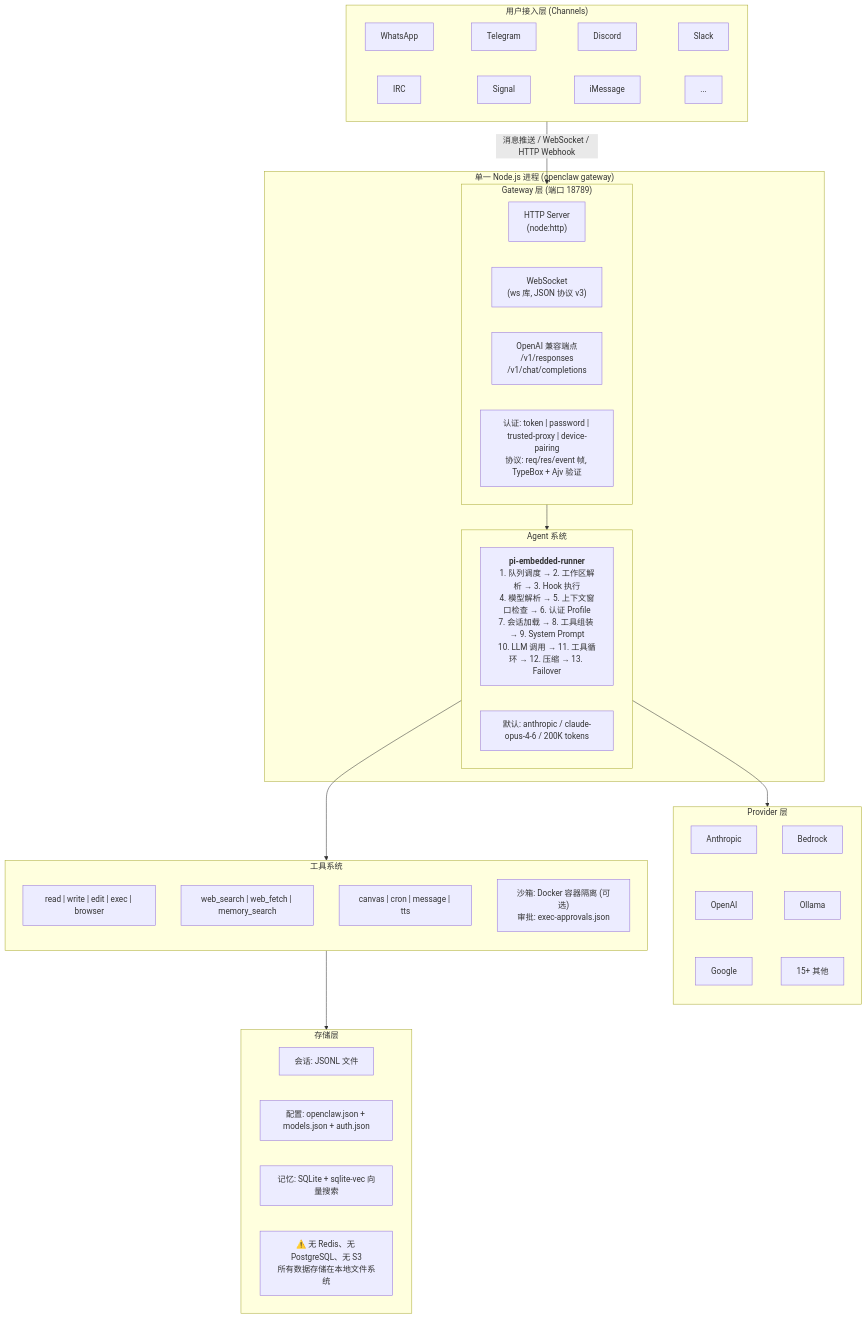
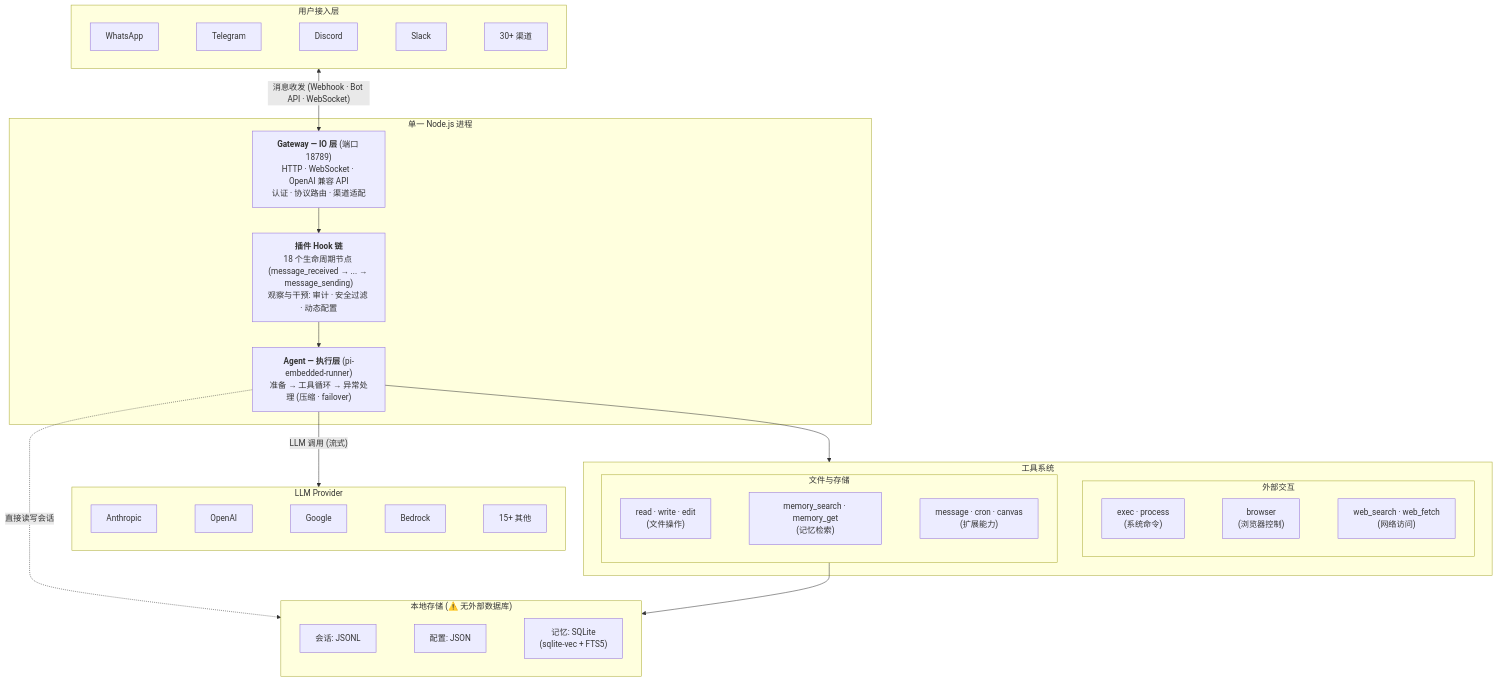
Before and after one commit to renlulu/renlulu.github.io: the first of 3 diagrams in _posts/2026-02-20-openclaw-architecture.md, drawn with Mermaid.

Commit message:
docs: redesign architecture diagram

````diff
--- a/_posts/2026-02-20-openclaw-architecture.md
+++ b/_posts/2026-02-20-openclaw-architecture.md
@@ -31,50 +31,43 @@
 ```mermaid
 graph TB
-    subgraph Channels["用户接入层 (Channels)"]
+    subgraph Channels["用户接入层"]
         direction LR
-        WA[WhatsApp] ~~~ TG[Telegram] ~~~ DC[Discord] ~~~ SL[Slack]
-        IRC[IRC] ~~~ SIG[Signal] ~~~ IM[iMessage] ~~~ MORE[...]
+        WA[WhatsApp] ~~~ TG[Telegram] ~~~ DC[Discord] ~~~ SL[Slack] ~~~ MORE[30+ 渠道]
     end
 
-    subgraph Process["单一 Node.js 进程 (openclaw gateway)"]
-        subgraph Gateway["Gateway 层 (端口 18789)"]
+    subgraph Process["单一 Node.js 进程"]
+        GW["<b>Gateway — IO 层</b> (端口 18789)<br/>HTTP · WebSocket · OpenAI 兼容 API<br/>认证 · 协议路由 · 渠道适配"]
+
+        HOOKS["<b>插件 Hook 链</b><br/>18 个生命周期节点 (message_received → ... → message_sending)<br/>观察与干预: 审计 · 安全过滤 · 动态配置"]
+
+        AGENT["<b>Agent — 执行层</b> (pi-embedded-runner)<br/>准备 → 工具循环 → 异常处理 (压缩 · failover)"]
+    end
+
+    subgraph Providers["LLM Provider"]
+        direction LR
+        P1[Anthropic] ~~~ P2[OpenAI] ~~~ P3[Google] ~~~ P4[Bedrock] ~~~ P5[15+ 其他]
+    end
+
+    subgraph Tools["工具系统"]
+        subgraph ExtTools["外部交互"]
             direction LR
-            HTTP["HTTP Server<br/>(node:http)"]
-            WS["WebSocket<br/>(ws 库, JSON 协议 v3)"]
-            OAI["OpenAI 兼容端点<br/>/v1/responses<br/>/v1/chat/completions"]
-            AUTH["认证: token | password | trusted-proxy | device-pairing<br/>协议: req/res/event 帧, TypeBox + Ajv 验证"]
+            E1["exec · process<br/>(系统命令)"] ~~~ E2["browser<br/>(浏览器控制)"] ~~~ E3["web_search · web_fetch<br/>(网络访问)"]
         end
-
-        subgraph Agent["Agent 系统"]
-            RUNNER["<b>pi-embedded-runner</b><br/>1. 队列调度 → 2. 工作区解析 → 3. Hook 执行<br/>4. 模型解析 → 5. 上下文窗口检查 → 6. 认证 Profile<br/>7. 会话加载 → 8. 工具组装 → 9. System Prompt<br/>10. LLM 调用 → 11. 工具循环 → 12. 压缩 → 13. Failover"]
-            DEFAULTS["默认: anthropic / claude-opus-4-6 / 200K tokens"]
+        subgraph IntTools["文件与存储"]
+            direction LR
+            I1["read · write · edit<br/>(文件操作)"] ~~~ I2["memory_search · memory_get<br/>(记忆检索)"] ~~~ I3["message · cron · canvas<br/>(扩展能力)"]
         end
     end
 
-    subgraph Providers["Provider 层"]
-        direction TB
-        P1[Anthropic] ~~~ P2[OpenAI] ~~~ P3[Google]
-        P4[Bedrock] ~~~ P5[Ollama] ~~~ P6[15+ 其他]
+    subgraph Storage["本地存储 (⚠️ 无外部数据库)"]
+        direction LR
+        S1["会话: JSONL"] ~~~ S2["配置: JSON"] ~~~ S3["记忆: SQLite<br/>(sqlite-vec + FTS5)"]
     end
 
-    subgraph Tools["工具系统"]
-        direction TB
-        T1["read | write | edit | exec | browser"]
-        T2["web_search | web_fetch | memory_search"]
-        T3["canvas | cron | message | tts"]
-        T4["沙箱: Docker 容器隔离 (可选)<br/>审批: exec-approvals.json"]
-    end
-
-    subgraph Storage["存储层"]
-        S1["会话: JSONL 文件"]
-        S2["配置: openclaw.json + models.json + auth.json"]
-        S3["记忆: SQLite + sqlite-vec 向量搜索"]
-        S4["⚠️ 无 Redis、无 PostgreSQL、无 S3<br/>所有数据存储在本地文件系统"]
-    end
-
-    Channels -->|"消息推送 / WebSocket / HTTP Webhook"| Gateway
-    Gateway --> Agent
-    Agent --> Providers
-    Agent --> Tools
-    Tools --> Storage
+    Channels <-->|"消息收发 (Webhook · Bot API · WebSocket)"| GW
+    GW --> HOOKS --> AGENT
+    AGENT -->|"LLM 调用 (流式)"| Providers
+    AGENT --> Tools
+    IntTools --> Storage
+    AGENT -.->|"直接读写会话"| S1
 ```
````
